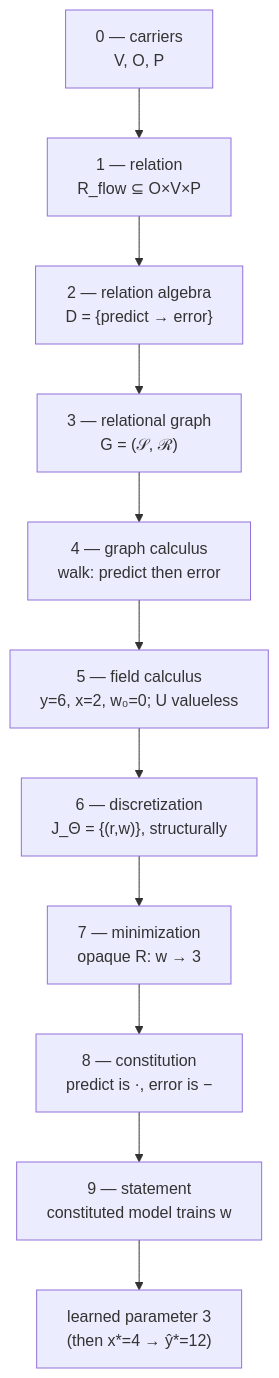
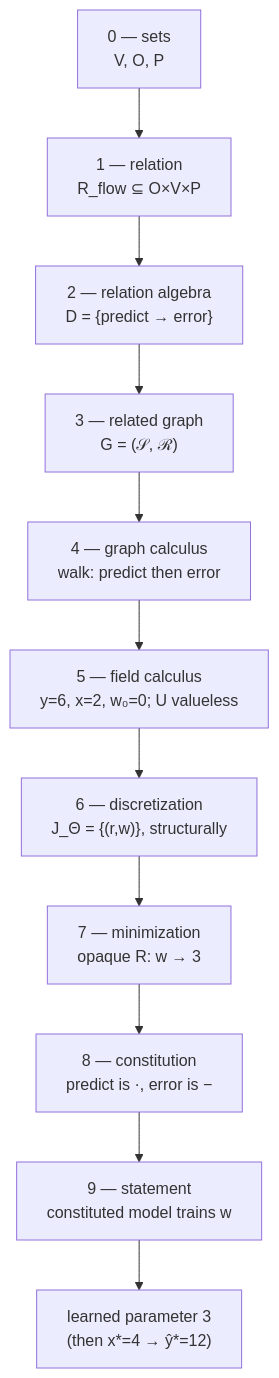
Diagram 11 of 12 in test/learning-tower/README.md (komahanb/unstructured-finite-volume), drawn with Mermaid before and after one commit. The commit also changed other lines of this file and 268 other files, not shown here.

````diff
--- a/test/learning-tower/README.md
+++ b/test/learning-tower/README.md
@@ -1442,16 +1442,16 @@
 ```mermaid
 flowchart TB
-    L0["0 — carriers<br/>V, O, P"]
+    L0["0 — sets<br/>V, O, P"]
     L1["1 — relation<br/>R_flow ⊆ O×V×P"]
     L2["2 — relation algebra<br/>D = {predict → error}"]
-    L3["3 — relational graph<br/>G = (𝒮, ℛ)"]
+    L3["3 — related graph<br/>G = (𝒮, ℛ)"]
     L4["4 — graph calculus<br/>walk: predict then error"]
     L5["5 — field calculus<br/>y=6, x=2, w₀=0; U valueless"]
     L6["6 — discretization<br/>J_Θ = {(r,w)}, structurally"]
     L7["7 — minimization<br/>opaque R: w → 3"]
     L8["8 — constitution<br/>predict is ·, error is −"]
     L9["9 — statement<br/>constituted model trains w"]
     R["learned parameter 3<br/>(then x*=4 → ŷ*=12)"]
 
     L0 --> L1 --> L2 --> L3 --> L4 --> L5 --> L6 --> L7 --> L8 --> L9 --> R
 ```
````
